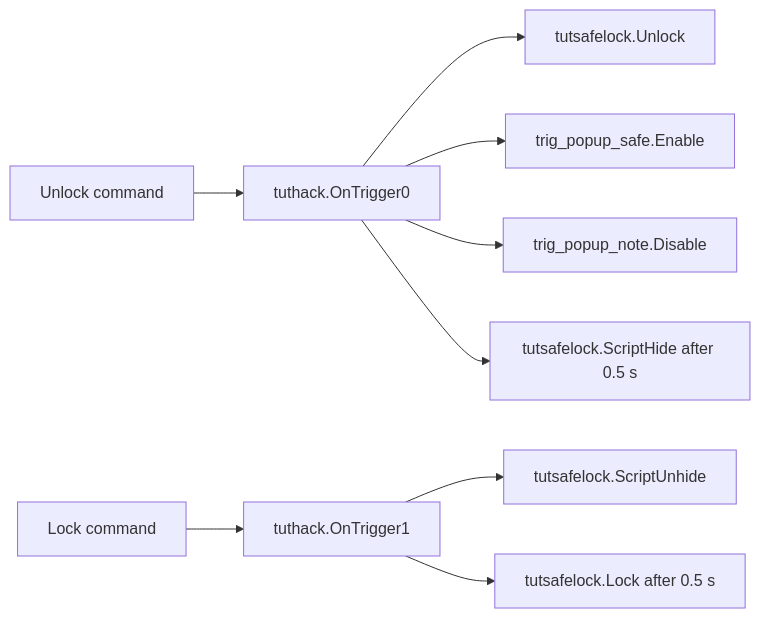
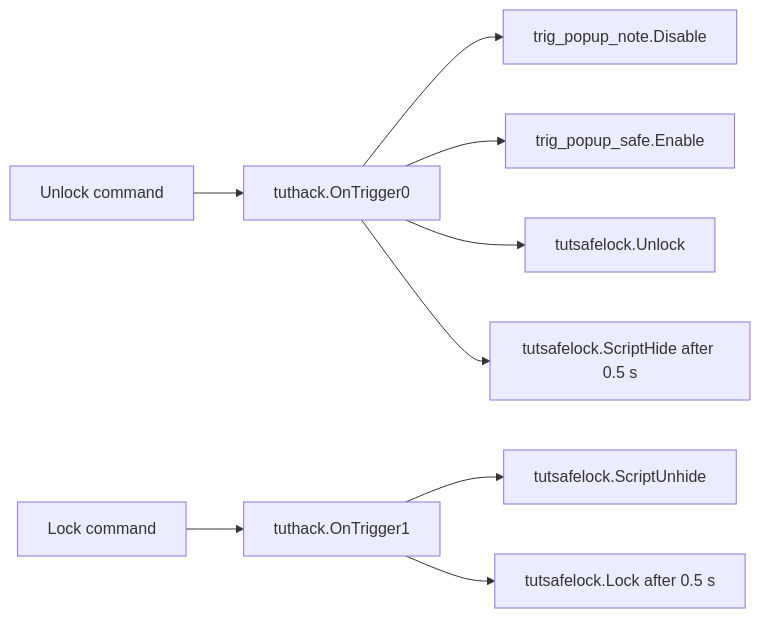
Before and after one commit to jlagedo/elysium-unreal: the second of 2 diagrams in docs/vtmb/computer-terminals.md, drawn with Mermaid. The commit also changed other lines of this file and 144 other files, not shown here.

````diff
--- a/docs/vtmb/computer-terminals.md
+++ b/docs/vtmb/computer-terminals.md
@@ -565,11 +1178,11 @@
 ```mermaid
 flowchart LR
     U["Unlock command"] --> T0["tuthack.OnTrigger0"]
+    T0 --> C["trig_popup_note.Disable"]
+    T0 --> B["trig_popup_safe.Enable"]
     T0 --> A["tutsafelock.Unlock"]
-    T0 --> B["trig_popup_safe.Enable"]
-    T0 --> C["trig_popup_note.Disable"]
     T0 --> D["tutsafelock.ScriptHide after 0.5 s"]
     L["Lock command"] --> T1["tuthack.OnTrigger1"]
     T1 --> E["tutsafelock.ScriptUnhide"]
     T1 --> F["tutsafelock.Lock after 0.5 s"]
 ```
````
